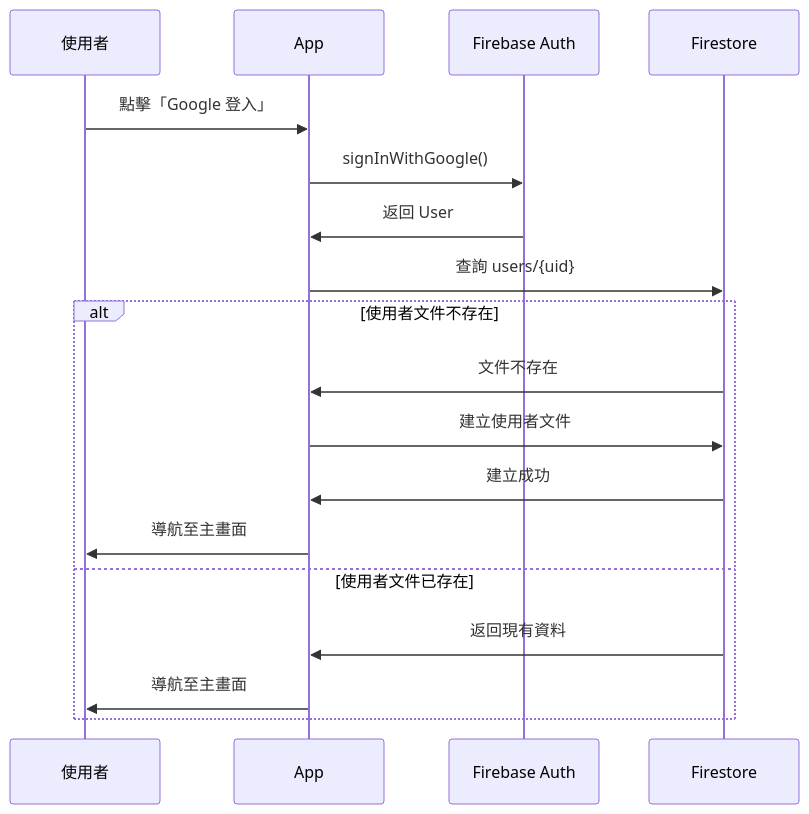
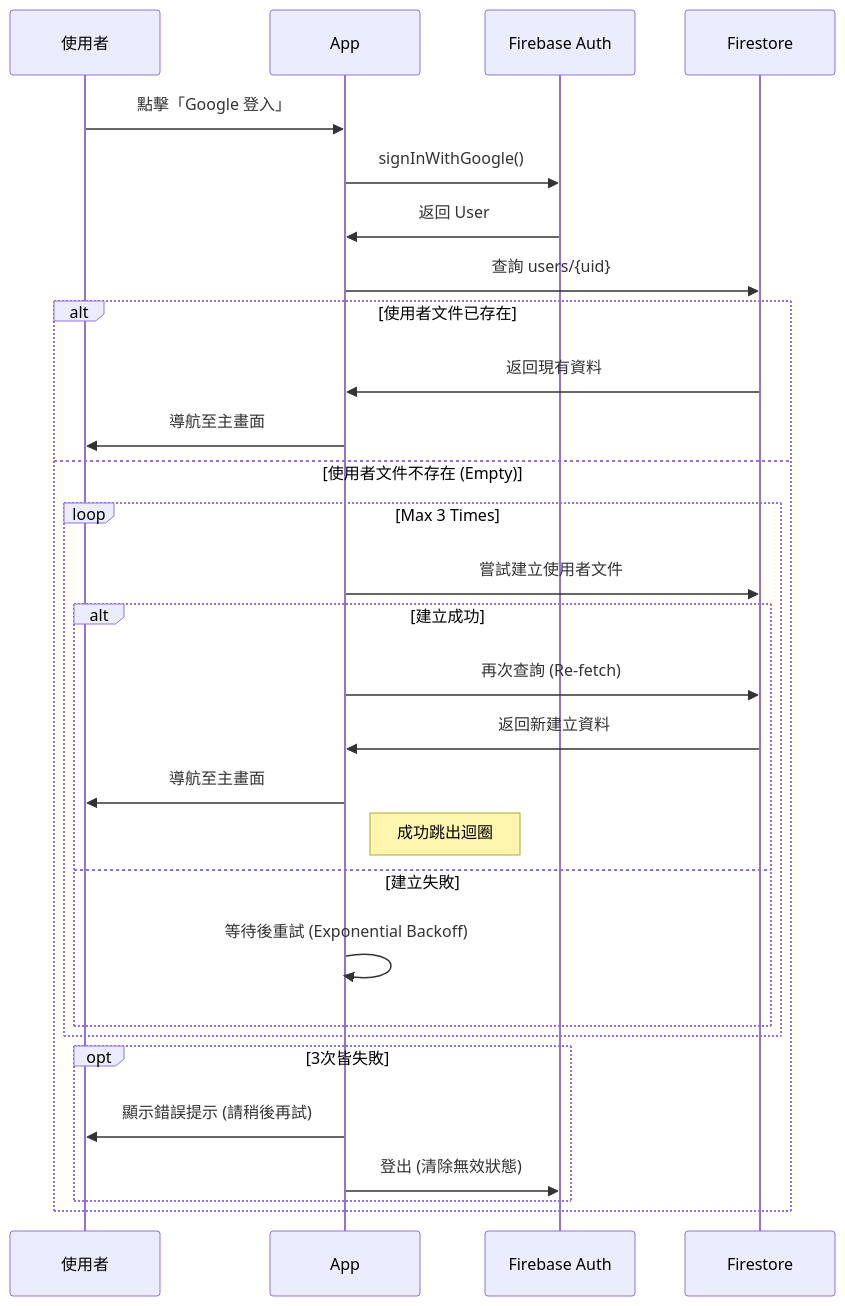
Before and after one commit to almightyken0425/SuSuGiGiSpec: the first of 8 diagrams in no3_module_specs/no1_interaction_flows/no1_app_interaction_flows.md, drawn with Mermaid. The commit also changed other lines of this file, not shown here.

````diff
--- a/no3_module_specs/no1_interaction_flows/no1_app_interaction_flows.md
+++ b/no3_module_specs/no1_interaction_flows/no1_app_interaction_flows.md
@@ -9,22 +9,34 @@
 ```mermaid
 sequenceDiagram
     participant U as 使用者
     participant App as App
     participant Auth as Firebase Auth
     participant DB as Firestore
 
     U->>App: 點擊「Google 登入」
     App->>Auth: signInWithGoogle()
     Auth->>App: 返回 User
     App->>DB: 查詢 users/{uid}
     
-    alt 使用者文件不存在
-        DB->>App: 文件不存在
-        App->>DB: 建立使用者文件
-        DB->>App: 建立成功
-        App->>U: 導航至主畫面
-    else 使用者文件已存在
+    alt 使用者文件已存在
         DB->>App: 返回現有資料
         App->>U: 導航至主畫面
+    else 使用者文件不存在 (Empty)
+        loop Max 3 Times
+            App->>DB: 嘗試建立使用者文件
+            alt 建立成功
+                App->>DB: 再次查詢 (Re-fetch)
+                DB->>App: 返回新建立資料
+                App->>U: 導航至主畫面
+                Note right of App: 成功跳出迴圈
+            else 建立失敗
+                App->>App: 等待後重試 (Exponential Backoff)
+            end
+        end
+        
+        opt 3次皆失敗
+            App->>U: 顯示錯誤提示 (請稍後再試)
+            App->>Auth: 登出 (清除無效狀態)
+        end
     end
 ```
````
